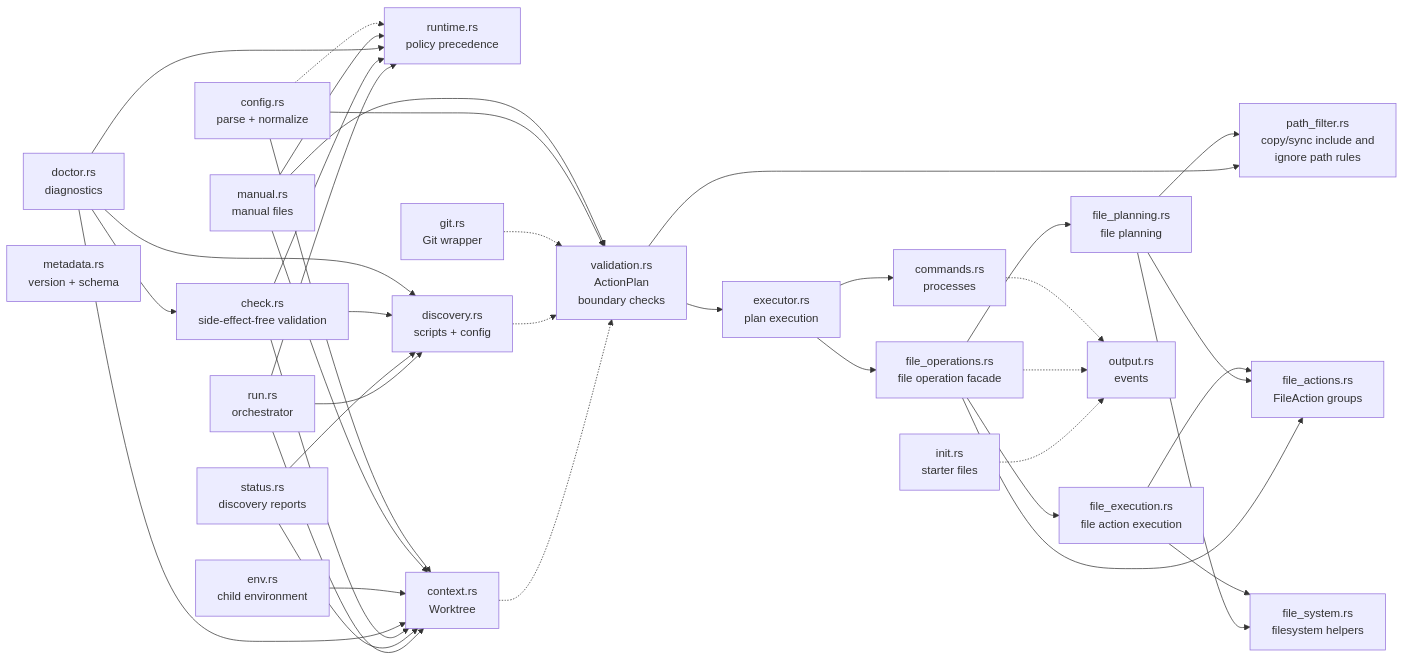
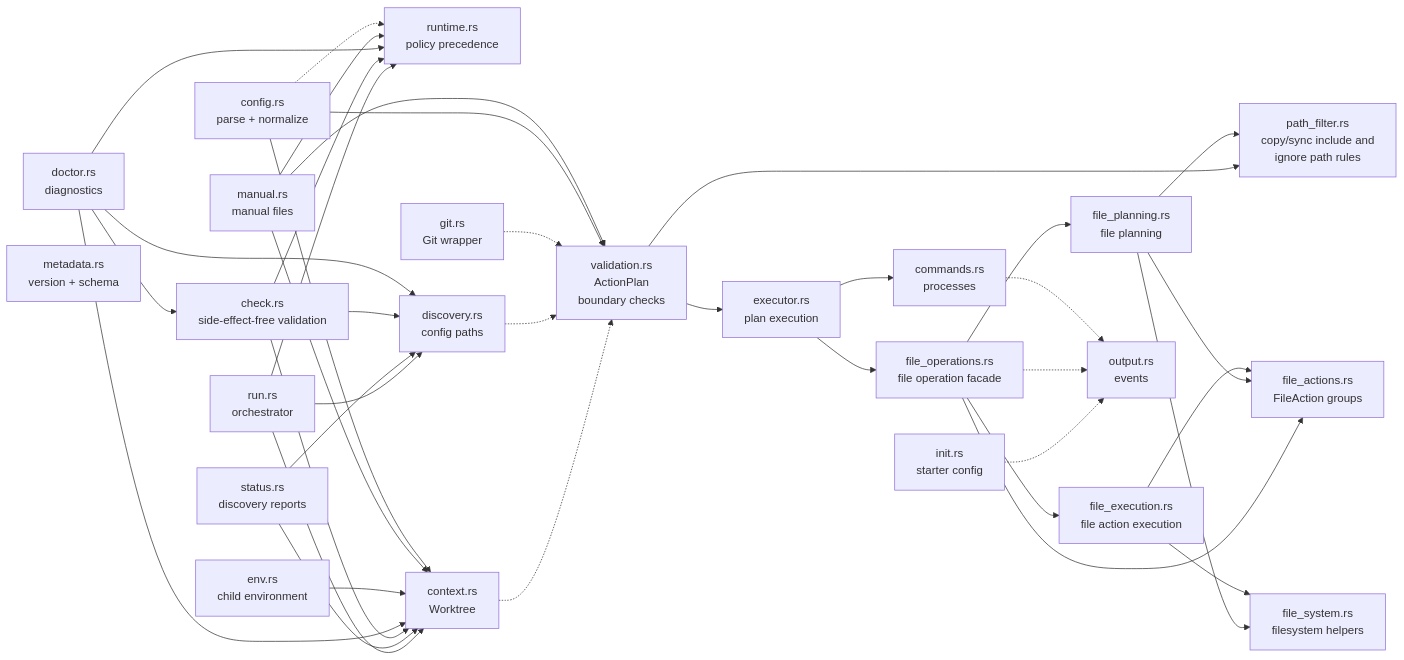
Before and after one commit to jimeh/treeboot: the fifth of 5 diagrams in docs/ARCHITECTURE.md, drawn with Mermaid. The commit also changed other lines of this file and 33 other files, not shown here.

````diff
--- a/docs/ARCHITECTURE.md
+++ b/docs/ARCHITECTURE.md
@@ -211,64 +205,64 @@
 ```mermaid
 flowchart LR
   RUN["run.rs<br/>orchestrator"]
   STATUS["status.rs<br/>discovery reports"]
   CHECK["check.rs<br/>side-effect-free validation"]
   DOCTOR["doctor.rs<br/>diagnostics"]
   ENV["env.rs<br/>child environment"]
   MANUAL["manual.rs<br/>manual files"]
   CONFIG["config.rs<br/>parse + normalize"]
   RUNTIME["runtime.rs<br/>policy precedence"]
-  INIT["init.rs<br/>starter files"]
+  INIT["init.rs<br/>starter config"]
   META["metadata.rs<br/>version + schema"]
   CONTEXT["context.rs<br/>Worktree"]
-  DISC["discovery.rs<br/>scripts + config"]
+  DISC["discovery.rs<br/>config paths"]
   GIT["git.rs<br/>Git wrapper"]
   FILTER["path_filter.rs<br/>copy/sync include and<br/>ignore path rules"]
   EXEC["executor.rs<br/>plan execution"]
   VALID["validation.rs<br/>ActionPlan<br/>boundary checks"]
   FILE_ACTIONS["file_actions.rs<br/>FileAction groups"]
   FILE_OPS["file_operations.rs<br/>file operation facade"]
   FILE_PLANNING["file_planning.rs<br/>file planning"]
   FILE_EXECUTION["file_execution.rs<br/>file action execution"]
   FILE_SYSTEM["file_system.rs<br/>filesystem helpers"]
   CMDS["commands.rs<br/>processes"]
   OUT["output.rs<br/>events"]
 
   RUN --> CONTEXT
   RUN --> RUNTIME
   RUN --> DISC
   STATUS --> CONTEXT
   STATUS --> DISC
   CHECK --> CONTEXT
   CHECK --> RUNTIME
   CHECK --> DISC
   DOCTOR --> RUNTIME
   DOCTOR --> CONTEXT
   DOCTOR --> DISC
   DOCTOR --> CHECK
   ENV --> CONTEXT
   MANUAL --> CONTEXT
   MANUAL --> RUNTIME
   CONFIG --> CONTEXT
   CONFIG -.-> RUNTIME
   CONTEXT -.-> VALID
   DISC -.-> VALID
   GIT -.-> VALID
   CONFIG --> VALID
   MANUAL --> VALID
   VALID --> FILTER
   FILE_OPS --> FILE_ACTIONS
   FILE_OPS --> FILE_PLANNING
   FILE_OPS --> FILE_EXECUTION
   FILE_PLANNING --> FILE_ACTIONS
   FILE_PLANNING --> FILE_SYSTEM
   FILE_PLANNING --> FILTER
   FILE_EXECUTION --> FILE_ACTIONS
   FILE_EXECUTION --> FILE_SYSTEM
   VALID --> EXEC
   EXEC --> FILE_OPS
   EXEC --> CMDS
   INIT -.-> OUT
   FILE_OPS -.-> OUT
   CMDS -.-> OUT
 ```
````
